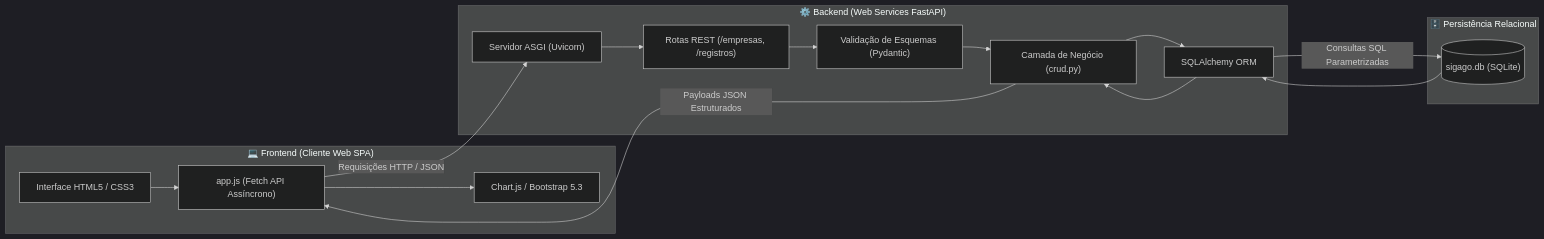
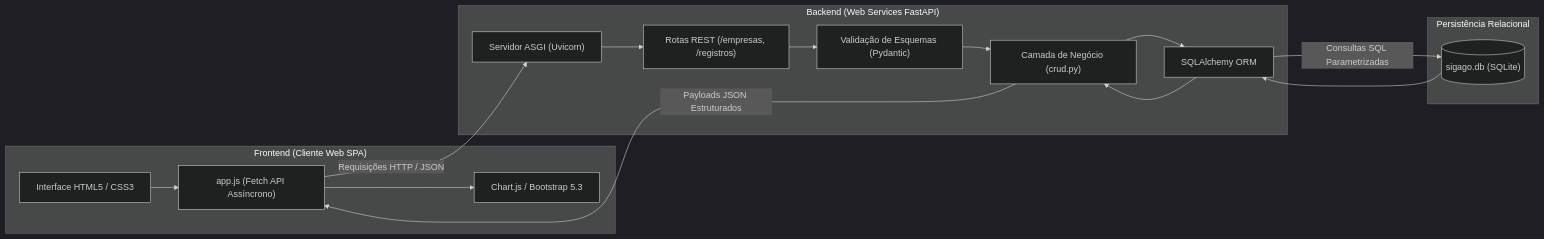
The diagram in README.md (cezarbtw/SIGA-GO), drawn with Mermaid (dark theme) before and after one commit. The commit also changed other lines of this file, not shown here.

````diff
--- a/README.md
+++ b/README.md
@@ -86,32 +86,32 @@
 ```mermaid
 flowchart LR
-    subgraph Frontend["💻 Frontend (Cliente Web SPA)"]
+    subgraph Frontend[" Frontend (Cliente Web SPA)"]
         UI["Interface HTML5 / CSS3"]
         JS["app.js (Fetch API Assíncrono)"]
         Charts["Chart.js / Bootstrap 5.3"]
     end
 
-    subgraph Backend["⚙️ Backend (Web Services FastAPI)"]
+    subgraph Backend[" Backend (Web Services FastAPI)"]
         Uvicorn["Servidor ASGI (Uvicorn)"]
         Routers["Rotas REST (/empresas, /registros)"]
         Pydantic["Validação de Esquemas (Pydantic)"]
         CRUD["Camada de Negócio (crud.py)"]
         ORM["SQLAlchemy ORM"]
     end
 
-    subgraph Database["🗄️ Persistência Relacional"]
+    subgraph Database[" Persistência Relacional"]
         SQLite[("sigago.db (SQLite)")]
     end
 
     UI --> JS
     JS -- "Requisições HTTP / JSON" --> Uvicorn
     Uvicorn --> Routers
     Routers --> Pydantic
     Pydantic --> CRUD
     CRUD --> ORM
     ORM -- "Consultas SQL Parametrizadas" --> SQLite
     SQLite --> ORM
     ORM --> CRUD
     CRUD -- "Payloads JSON Estruturados" --> JS
     JS --> Charts
 ```
````
